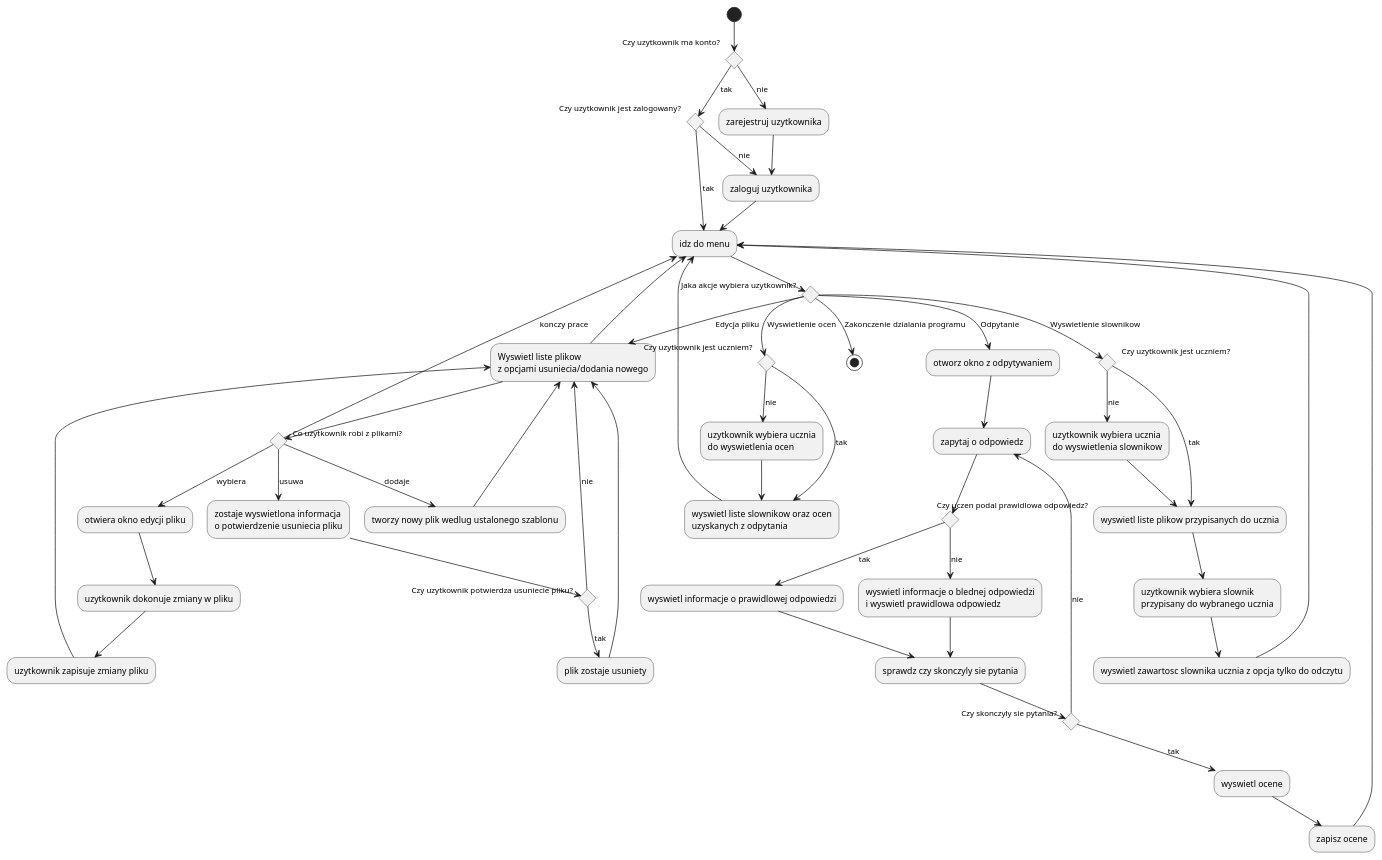
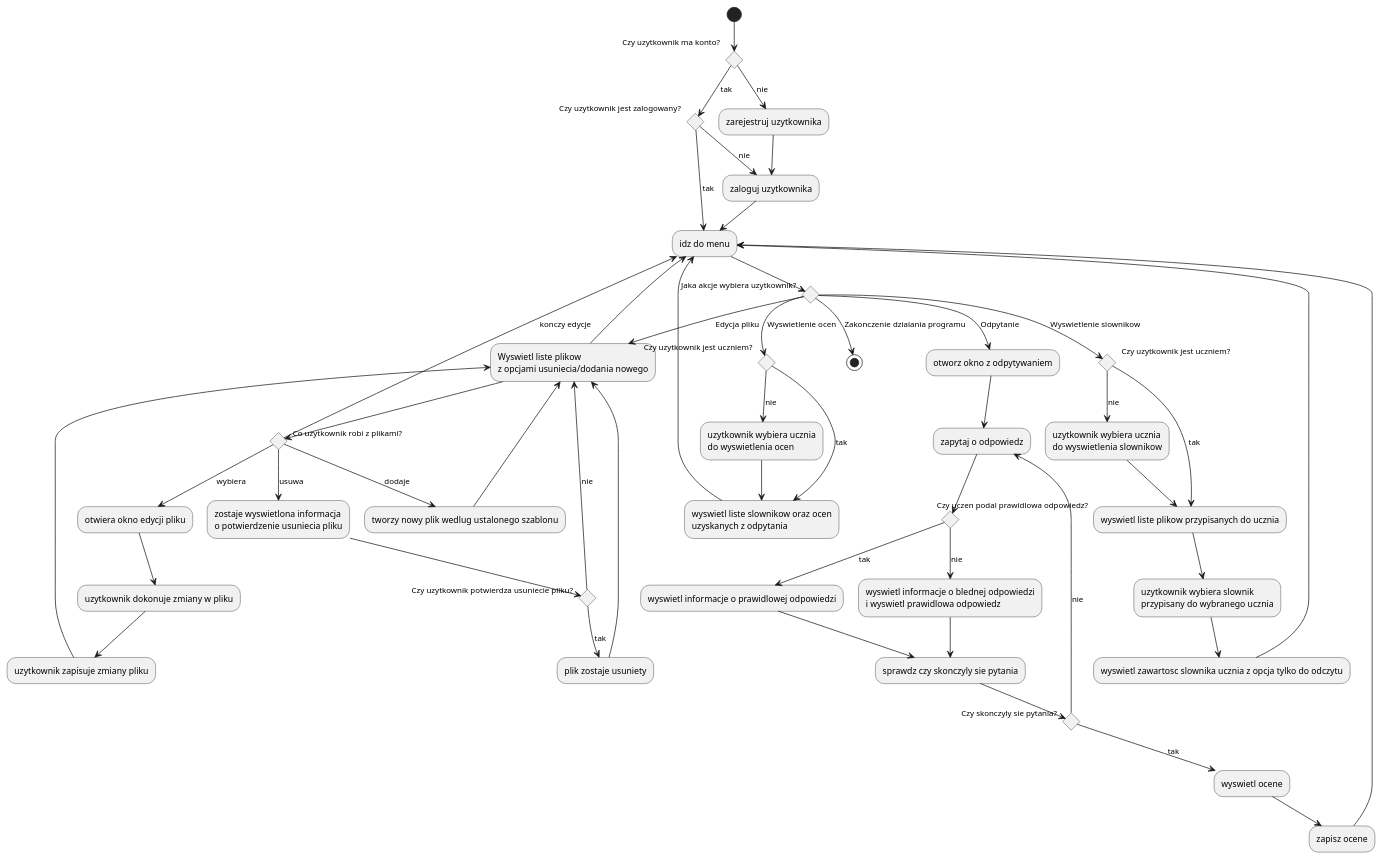
Before and after one commit to KrzychuK121/UMLZaliczeniProjekt: the diagram in diagramAktywnosci.plantuml, drawn with PlantUML. The commit also changed 1 other file, not shown here.

Commit message:
zamiana ,,konczy prace" na ,,konczy edycje"

```diff
--- a/diagramAktywnosci.plantuml
+++ b/diagramAktywnosci.plantuml
@@ -1,75 +1,75 @@
 @startuml
 
 (*) --> if "Czy uzytkownik ma konto?" then 
         --> [tak] if "Czy uzytkownik jest zalogowany?" then
             --> [tak] "idz do menu"
         else
             --> [nie] "zaloguj uzytkownika"
         endif
     else 
         --> [nie] "zarejestruj uzytkownika"
         --> "zaloguj uzytkownika"
         --> "idz do menu"
     endif 
     "idz do menu" --> if "Jaka akcje wybiera uzytkownik?"
         --> [Odpytanie] "otworz okno z odpytywaniem"
         --> "zapytaj o odpowiedz"
         --> if "Czy uczen podal prawidlowa odpowiedz?" then
             --> [tak] "wyswietl informacje o prawidlowej odpowiedzi"
             --> "sprawdz czy skonczyly sie pytania"
         else
             --> [nie] "wyswietl informacje o blednej odpowiedzi\ni wyswietl prawidlowa odpowiedz"
             --> "sprawdz czy skonczyly sie pytania"
         endif
         --> if "Czy skonczyly sie pytania?" then
             --> [tak] "wyswietl ocene"
             -->  "zapisz ocene"
             --> "idz do menu"
         else
             --> [nie] "zapytaj o odpowiedz"
         endif
     else 
         --> [Edycja pliku] "Wyswietl liste plikow\nz opcjami usuniecia/dodania nowego" as wyswietlListePlikow
         --> if "Co uzytkownik robi z plikami?" then
-            --> [konczy prace] "idz do menu"
+            --> [konczy edycje] "idz do menu"
         else
             --> [usuwa] "zostaje wyswietlona informacja\no potwierdzenie usuniecia pliku"
             --> if "Czy uzytkownik potwierdza usuniecie pliku?" then
                 --> [tak] "plik zostaje usuniety"
                 --> wyswietlListePlikow
             else
                 --> [nie] wyswietlListePlikow
             endif
         else
             --> [dodaje] "tworzy nowy plik wedlug ustalonego szablonu"
             --> wyswietlListePlikow
         else
             --> [wybiera] "otwiera okno edycji pliku"
             --> "uzytkownik dokonuje zmiany w pliku"
             --> "uzytkownik zapisuje zmiany pliku"
             --> wyswietlListePlikow
         endif
         --> "idz do menu"
     else 
         --> [Wyswietlenie slownikow] if "Czy uzytkownik jest uczniem?" then
             --> [tak] "wyswietl liste plikow przypisanych do ucznia"
         else
             --> [nie] "uzytkownik wybiera ucznia\ndo wyswietlenia slownikow"
         endif
         --> "wyswietl liste plikow przypisanych do ucznia"
         --> "uzytkownik wybiera slownik\nprzypisany do wybranego ucznia"
         --> "wyswietl zawartosc slownika ucznia z opcja tylko do odczytu"
         --> "idz do menu"
     else
         --> [Wyswietlenie ocen] if "Czy uzytkownik jest uczniem?" then
             --> [tak] "wyswietl liste slownikow oraz ocen\nuzyskanych z odpytania"
         else
             --> [nie] "uzytkownik wybiera ucznia\ndo wyswietlenia ocen"
         endif
         --> "wyswietl liste slownikow oraz ocen\nuzyskanych z odpytania"
         --> "idz do menu"
     else
         --> [Zakonczenie dzialania programu] (*)
     endif
 
 @enduml
```
